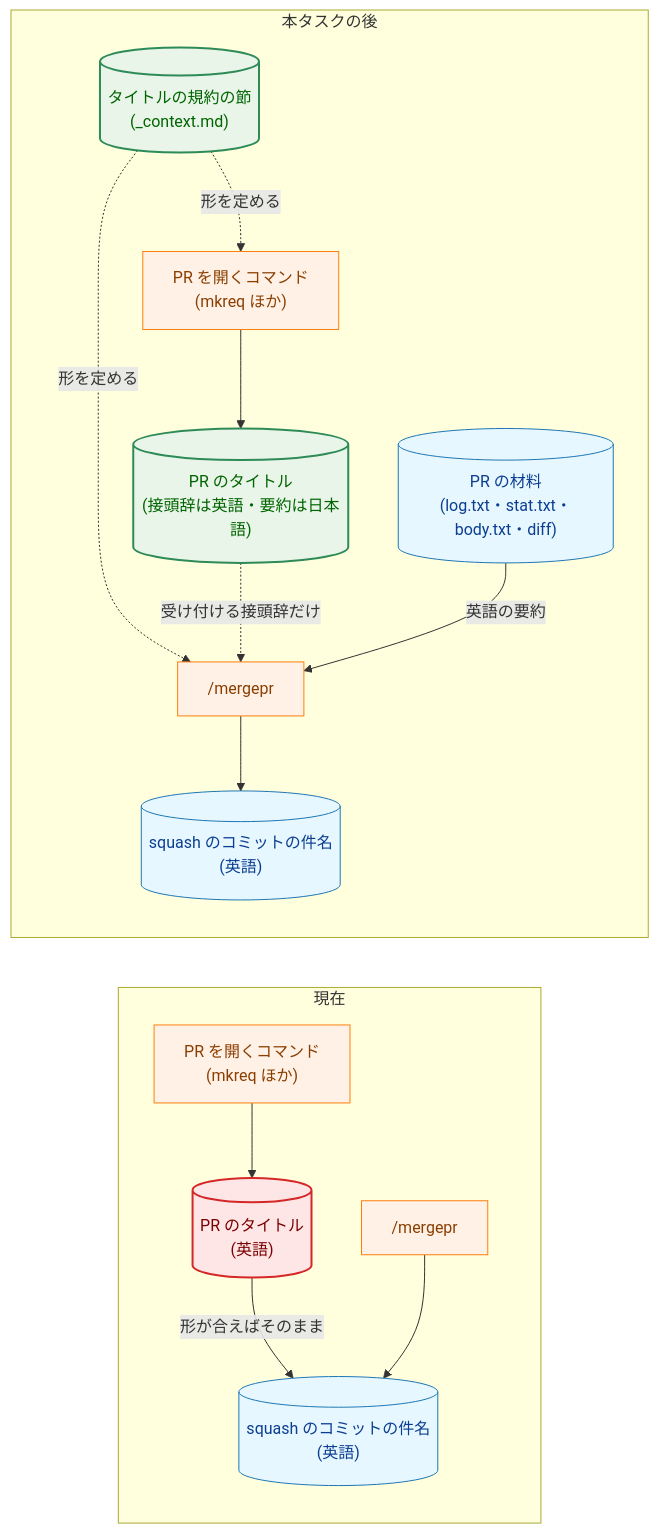
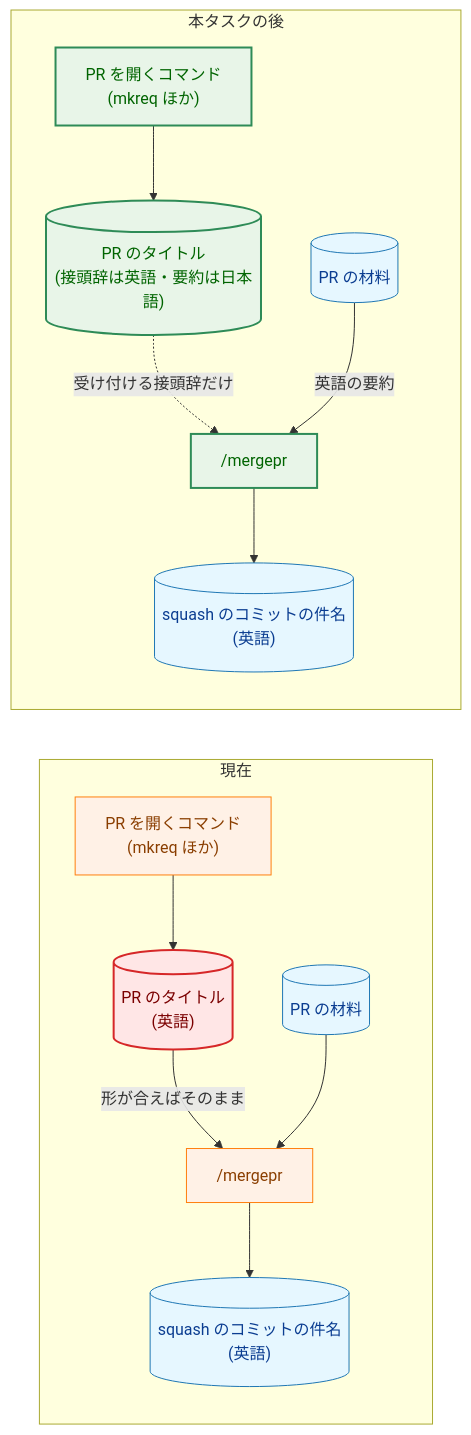
Before and after one commit to isseis/yt2column: the first of 11 diagrams in docs/tasks/0032_japanese_pr_title/02_architecture.md, drawn with Mermaid. The commit also changed other lines of this file, not shown here.

First line of the commit message:
docs(0032): address the architecture review and prose pass

````diff
--- a/docs/tasks/0032_japanese_pr_title/02_architecture.md
+++ b/docs/tasks/0032_japanese_pr_title/02_architecture.md
@@ -42,37 +44,37 @@
 ```mermaid
 flowchart LR
     classDef data fill:#e6f7ff,stroke:#1f77b4,stroke-width:1px,color:#0b3d91;
     classDef process fill:#fff1e6,stroke:#ff7f0e,stroke-width:1px,color:#8a3e00;
     classDef enhanced fill:#e8f5e8,stroke:#2e8b57,stroke-width:2px,color:#006400;
     classDef problem fill:#ffe6e6,stroke:#d62728,stroke-width:2px,color:#7b0000;
 
     subgraph Before["現在"]
         CMD1["PR を開くコマンド<br>(mkreq ほか)"]
         T1[("PR のタイトル<br>(英語)")]
+        MAT1[("PR の材料")]
         M1["/mergepr"]
         S1[("squash のコミットの件名<br>(英語)")]
         CMD1 --> T1
-        T1 -->|"形が合えばそのまま"| S1
+        T1 -->|"形が合えばそのまま"| M1
+        MAT1 --> M1
         M1 --> S1
         class T1 problem
     end
 
     subgraph After["本タスクの後"]
-        CTX[("タイトルの規約の節<br>(_context.md)")]
         CMD2["PR を開くコマンド<br>(mkreq ほか)"]
         T2[("PR のタイトル<br>(接頭辞は英語・要約は日本語)")]
-        MAT[("PR の材料<br>(log.txt・stat.txt・body.txt・diff)")]
+        MAT2[("PR の材料")]
         M2["/mergepr"]
         S2[("squash のコミットの件名<br>(英語)")]
-        CTX -.->|"形を定める"| CMD2
-        CTX -.->|"形を定める"| M2
         CMD2 --> T2
         T2 -.->|"受け付ける接頭辞だけ"| M2
-        MAT -->|"英語の要約"| M2
+        MAT2 -->|"英語の要約"| M2
         M2 --> S2
-        class T2,CTX enhanced
+        class CMD2,M2 enhanced
+        class T2 enhanced
     end
 
-    class CMD1,CMD2,M1,M2 process
-    class S1,S2,MAT data
+    class CMD1,M1 process
+    class S1,S2,MAT1,MAT2 data
 ```
````
